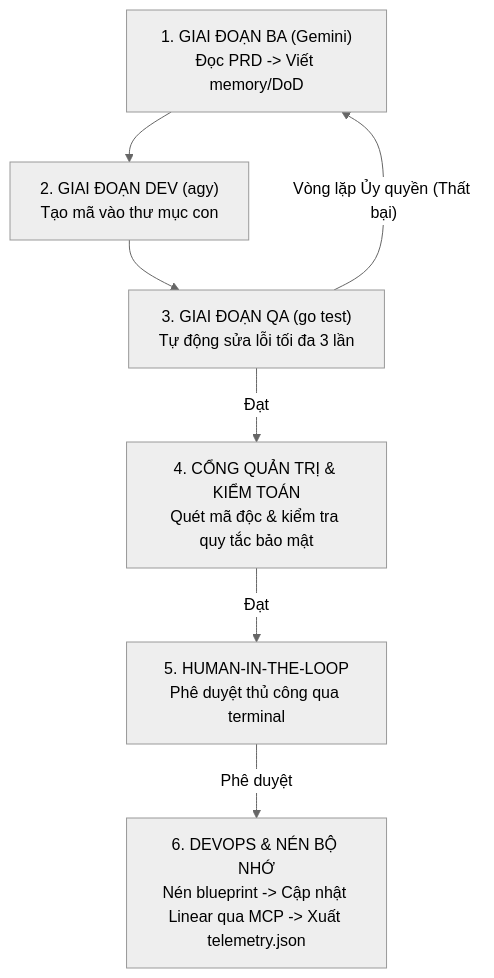
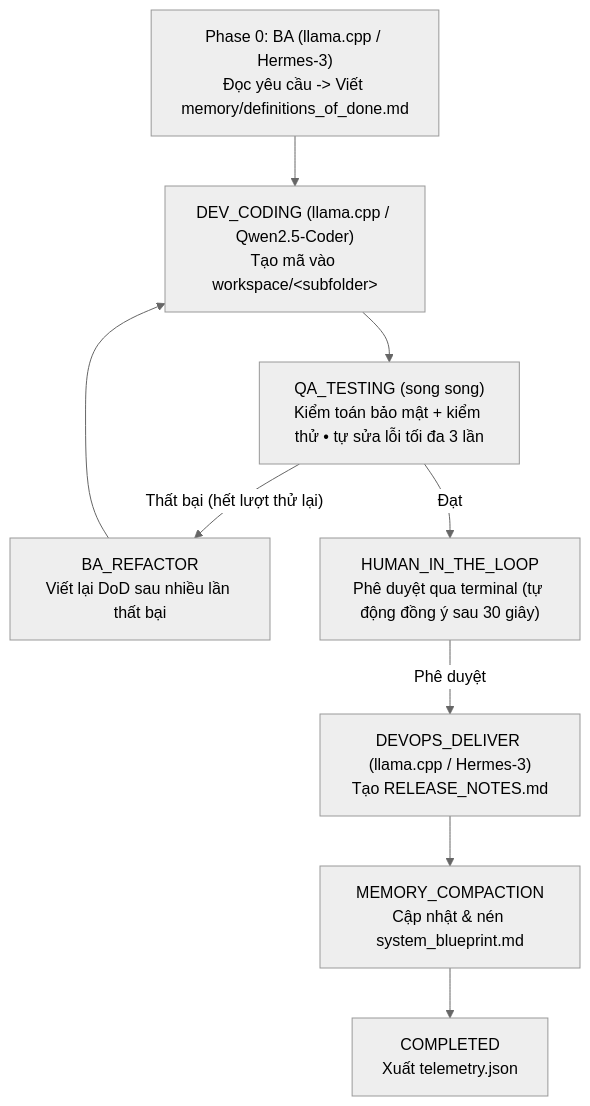
One commit to dothanhlam/harness-engineering changed the diagram in documentation/ebook/vi/02_pipeline_architecture.md. Above: the diagram before and after it, drawn with Mermaid (neutral theme). The commit also changed other lines of this file and 11 other files, not shown here.

````diff
--- a/documentation/ebook/vi/02_pipeline_architecture.md
+++ b/documentation/ebook/vi/02_pipeline_architecture.md
@@ -9,16 +9,20 @@
 ```mermaid
 flowchart TD
-    BA["1. GIAI ĐOẠN BA (Gemini)<br>Đọc PRD -> Viết memory/DoD"]
-    DEV["2. GIAI ĐOẠN DEV (agy)<br>Tạo mã vào thư mục con"]
-    QA["3. GIAI ĐOẠN QA (go test)<br>Tự động sửa lỗi tối đa 3 lần"]
-    AUDIT["4. CỔNG QUẢN TRỊ & KIỂM TOÁN<br>Quét mã độc & kiểm tra quy tắc bảo mật"]
-    HITL["5. HUMAN-IN-THE-LOOP<br>Phê duyệt thủ công qua terminal"]
-    DEVOPS["6. DEVOPS & NÉN BỘ NHỚ<br>Nén blueprint -> Cập nhật Linear qua MCP -> Xuất telemetry.json"]
+    BA["Phase 0: BA (llama.cpp / Hermes-3)<br>Đọc yêu cầu -> Viết memory/definitions_of_done.md"]
+    DEV["DEV_CODING (llama.cpp / Qwen2.5-Coder)<br>Tạo mã vào workspace/&lt;subfolder&gt;"]
+    QA["QA_TESTING (song song)<br>Kiểm toán bảo mật + kiểm thử • tự sửa lỗi tối đa 3 lần"]
+    BAREF["BA_REFACTOR<br>Viết lại DoD sau nhiều lần thất bại"]
+    HITL["HUMAN_IN_THE_LOOP<br>Phê duyệt qua terminal (tự động đồng ý sau 30 giây)"]
+    DEVOPS["DEVOPS_DELIVER (llama.cpp / Hermes-3)<br>Tạo RELEASE_NOTES.md"]
+    COMPACT["MEMORY_COMPACTION<br>Cập nhật & nén system_blueprint.md"]
+    DONE["COMPLETED<br>Xuất telemetry.json"]
 
     BA --> DEV
     DEV --> QA
-    QA -- "Vòng lặp Ủy quyền (Thất bại)" --> BA
-    QA -- "Đạt" --> AUDIT
-    AUDIT -- "Đạt" --> HITL
+    QA -- "Thất bại (hết lượt thử lại)" --> BAREF
+    BAREF --> DEV
+    QA -- "Đạt" --> HITL
     HITL -- "Phê duyệt" --> DEVOPS
+    DEVOPS --> COMPACT
+    COMPACT --> DONE
 ```
````
